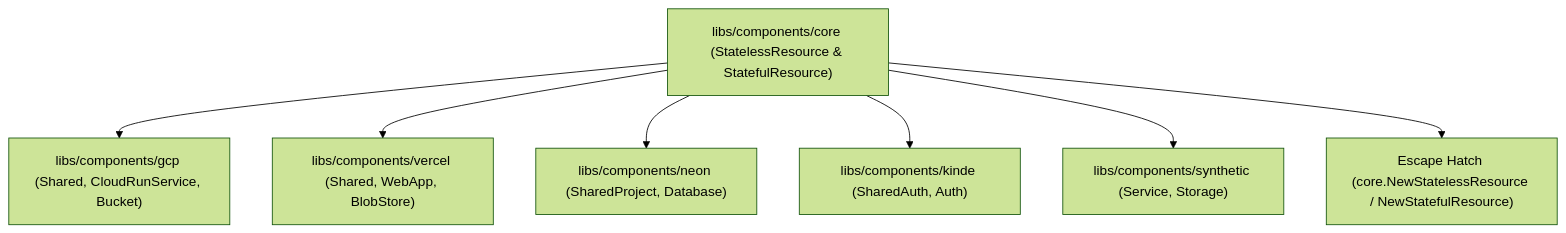
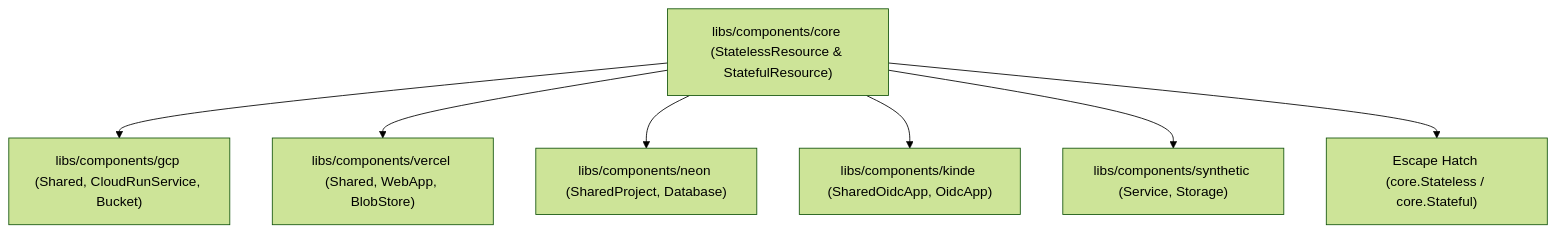
Before and after one commit to cloudvoyant/openbase: the first of 2 diagrams in docs/architecture/resources.md, drawn with Mermaid (forest theme). The commit also changed other lines of this file and 104 other files, not shown here.

````diff
--- a/docs/architecture/resources.md
+++ b/docs/architecture/resources.md
@@ -27,9 +27,9 @@
 ```mermaid
 flowchart TD
   Core["libs/components/core (StatelessResource & StatefulResource)"] --> GCP["libs/components/gcp (Shared, CloudRunService, Bucket)"]
   Core --> Vercel["libs/components/vercel (Shared, WebApp, BlobStore)"]
   Core --> Neon["libs/components/neon (SharedProject, Database)"]
-  Core --> Kinde["libs/components/kinde (SharedAuth, Auth)"]
+  Core --> Kinde["libs/components/kinde (SharedOidcApp, OidcApp)"]
   Core --> Syn["libs/components/synthetic (Service, Storage)"]
-  Core --> Custom["Escape Hatch (core.NewStatelessResource / NewStatefulResource)"]
+  Core --> Custom["Escape Hatch (core.Stateless / core.Stateful)"]
 ```
````
